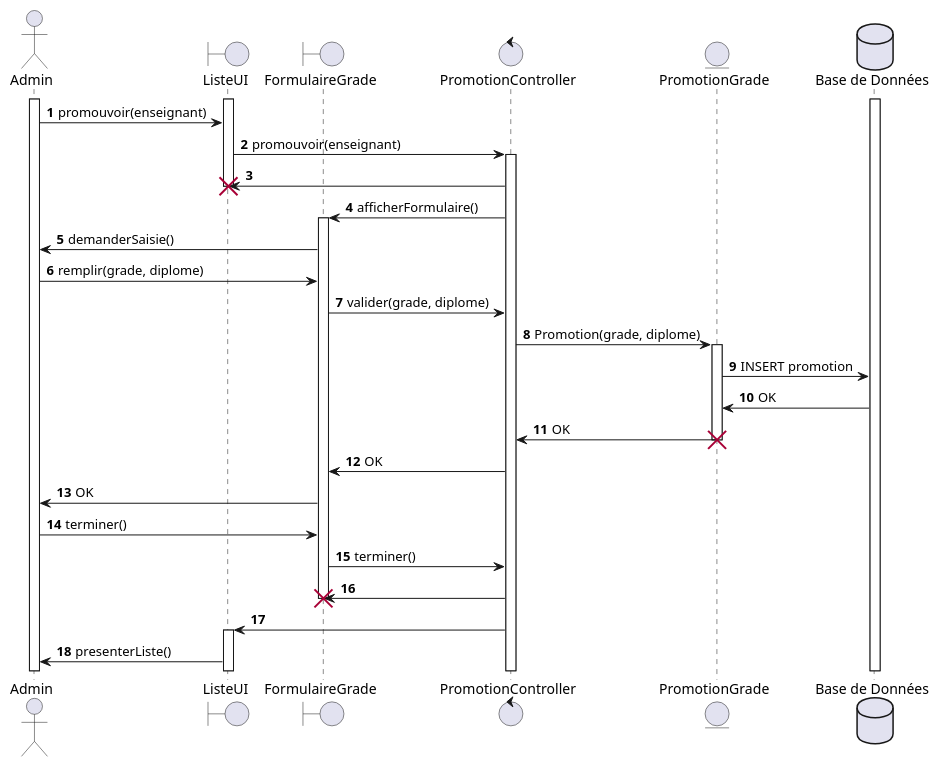
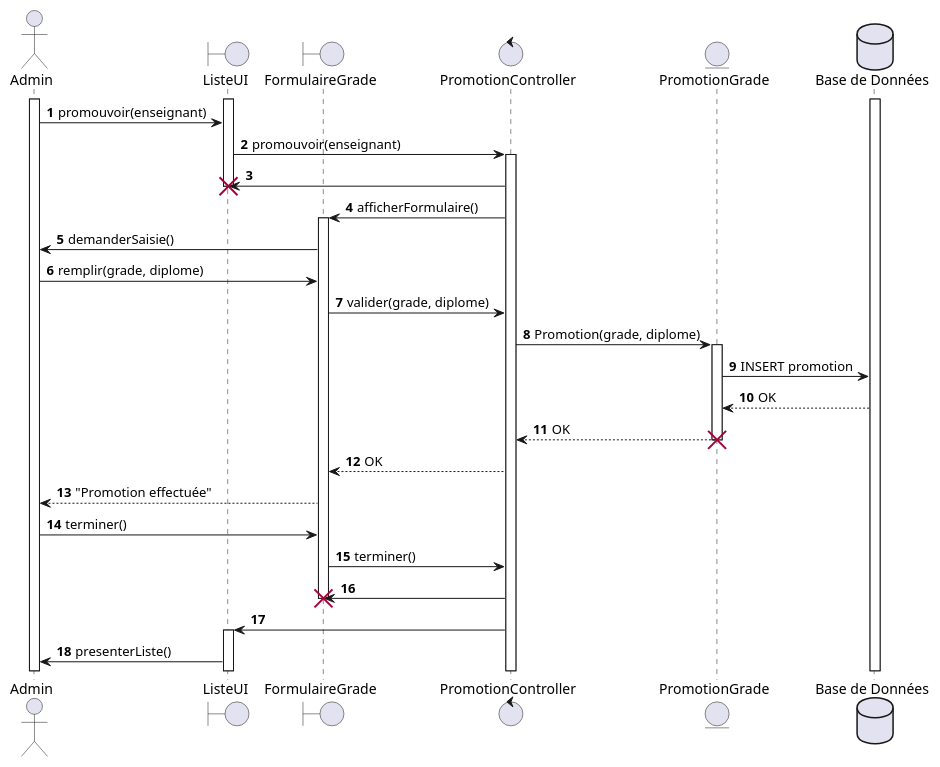
The diagram in App1/DSE-Promouvoir-Grade.wsd (Napi55/PlantUml), drawn with PlantUML before and after one commit. The commit also changed 1 other file, not shown here.

```diff
--- a/App1/DSE-Promouvoir-Grade.wsd
+++ b/App1/DSE-Promouvoir-Grade.wsd
@@ -1,39 +1,39 @@
 @startuml DSE-Promouvoir-Grade
 actor Admin as ad
 boundary ListeUI as list
 boundary FormulaireGrade as form
 control PromotionController as controller
 entity PromotionGrade as model
 database "Base de Données" as db
 
 autonumber
 activate ad
 activate list
 activate db
 ad -> list : promouvoir(enseignant)
 list -> controller : promouvoir(enseignant)
 activate controller
 controller -> list
 destroy list
 controller -> form : afficherFormulaire()
 activate form
 form -> ad : demanderSaisie()
 ad -> form : remplir(grade, diplome)
 form -> controller : valider(grade, diplome)
 controller -> model : Promotion(grade, diplome)
 activate model
 model -> db : INSERT promotion
-db -> model : OK
-model -> controller : OK
+db --> model : OK
+model --> controller : OK
 destroy model
-controller -> form : OK
-form -> ad : OK
+controller --> form : OK
+form --> ad : "Promotion effectuée"
 ad -> form : terminer()
 form -> controller : terminer()
 controller -> form
 destroy form
 controller -> list
 activate list
 list -> ad : presenterListe()
 
 @enduml
```
